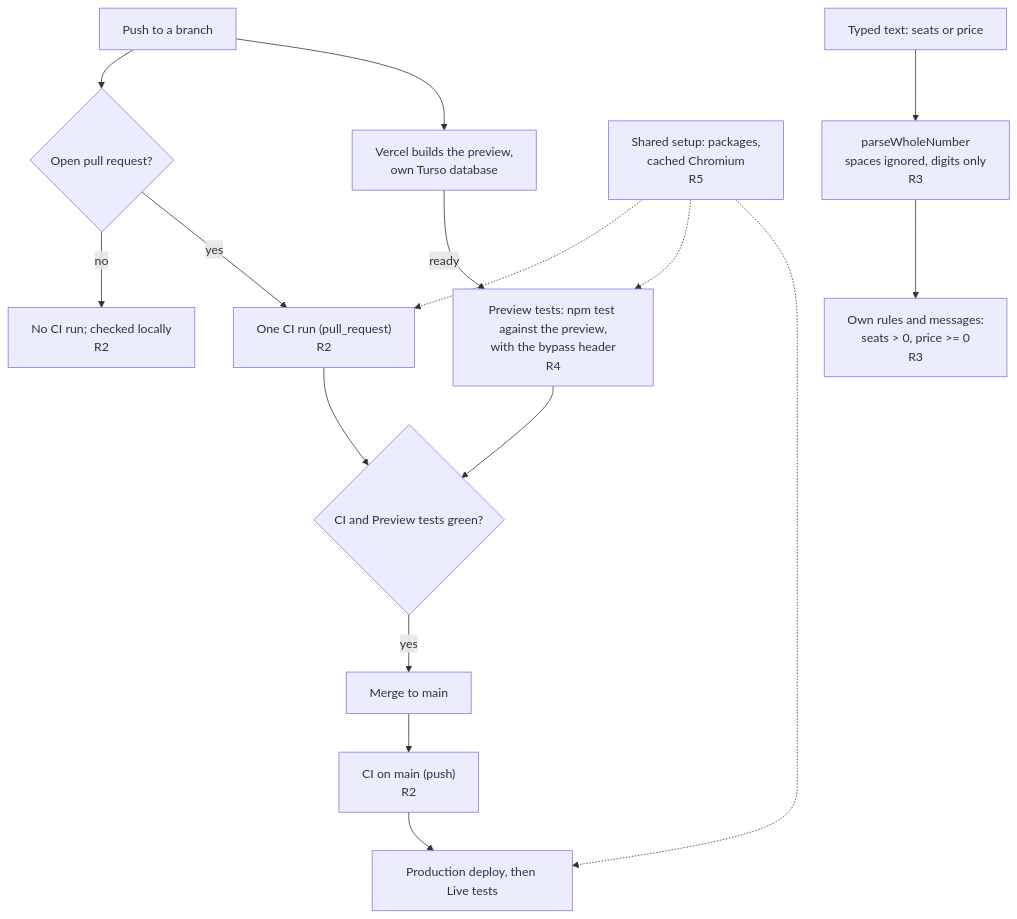
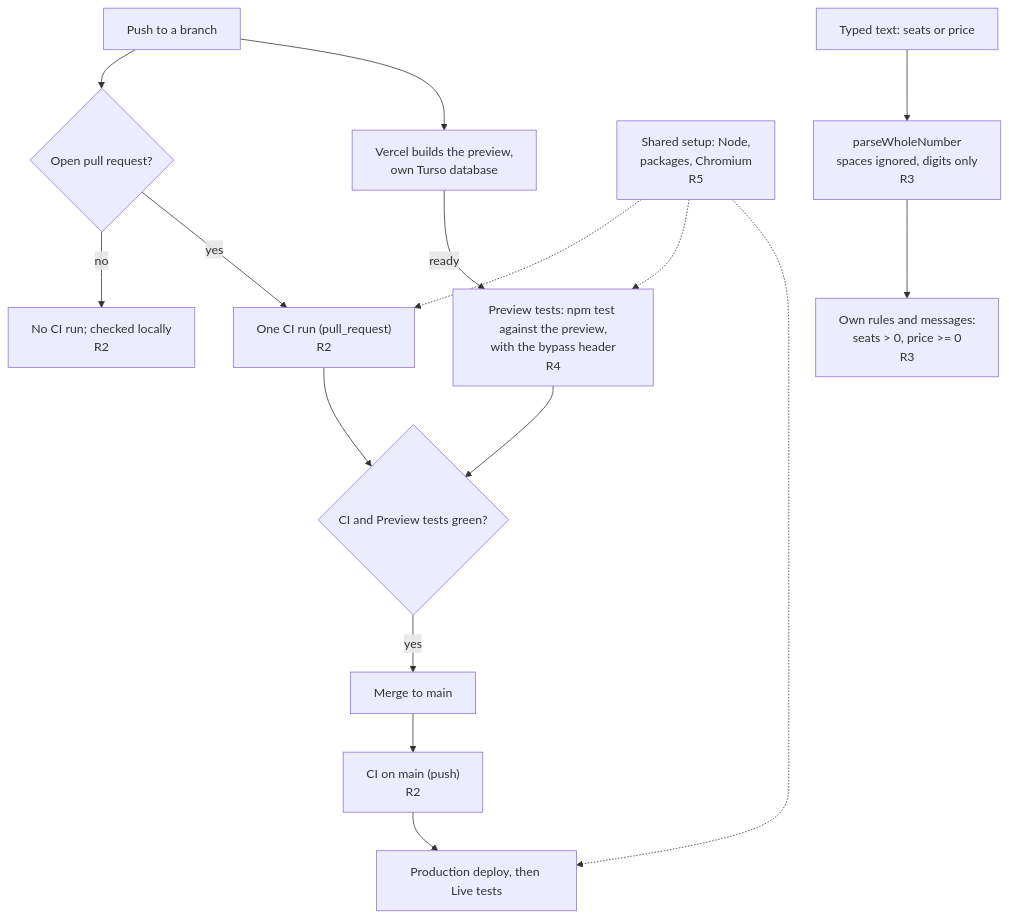
The diagram in specs/ongoing/TECH-007-pipeline-and-cleanups/flow.mmd (gustavnymoen/gurrasflyg), drawn with Mermaid before and after one commit. The commit also changed 6 other files, not shown here.

```diff
--- a/specs/ongoing/TECH-007-pipeline-and-cleanups/flow.mmd
+++ b/specs/ongoing/TECH-007-pipeline-and-cleanups/flow.mmd
@@ -1,16 +1,16 @@
 %% TECH-007 Pipeline and small cleanups
 flowchart TD
     Push[Push to a branch] --> PR{Open pull request?}
     PR -- no --> None[No CI run; checked locally<br/>R2]
     PR -- yes --> One["One CI run (pull_request)<br/>R2"]
     Push --> Preview[Vercel builds the preview,<br/>own Turso database]
     Preview -- ready --> PT["Preview tests: npm test against the preview,<br/>with the bypass header<br/>R4"]
     One --> Green{CI and Preview tests green?}
     PT --> Green
     Green -- yes --> Merge[Merge to main] --> Main["CI on main (push)<br/>R2"]
     Main --> Live[Production deploy, then Live tests]
-    Setup["Shared setup: packages,<br/>cached Chromium<br/>R5"] -.-> One
+    Setup["Shared setup: Node,<br/>packages, Chromium<br/>R5"] -.-> One
     Setup -.-> PT
     Setup -.-> Live
     Typed["Typed text: seats or price"] --> Parse["parseWholeNumber<br/>spaces ignored, digits only<br/>R3"]
     Parse --> Rules["Own rules and messages:<br/>seats > 0, price >= 0<br/>R3"]
```
